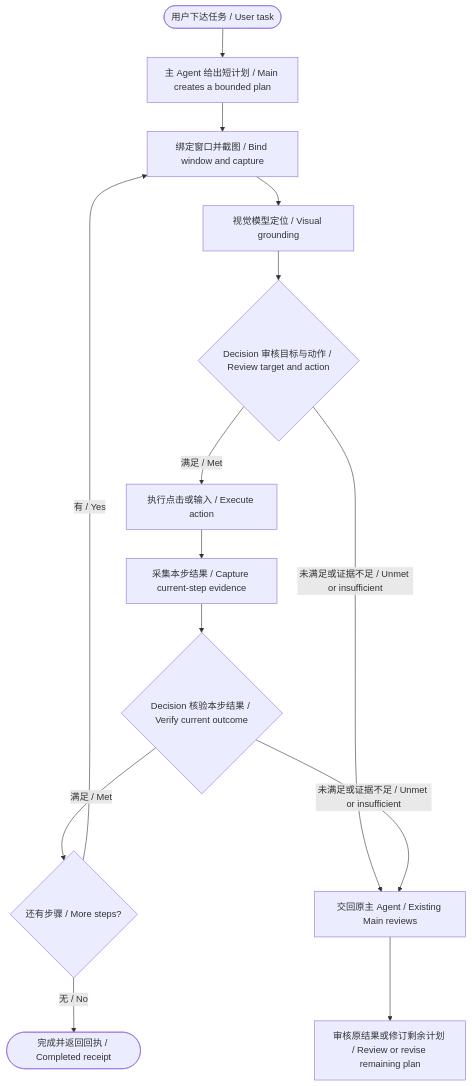
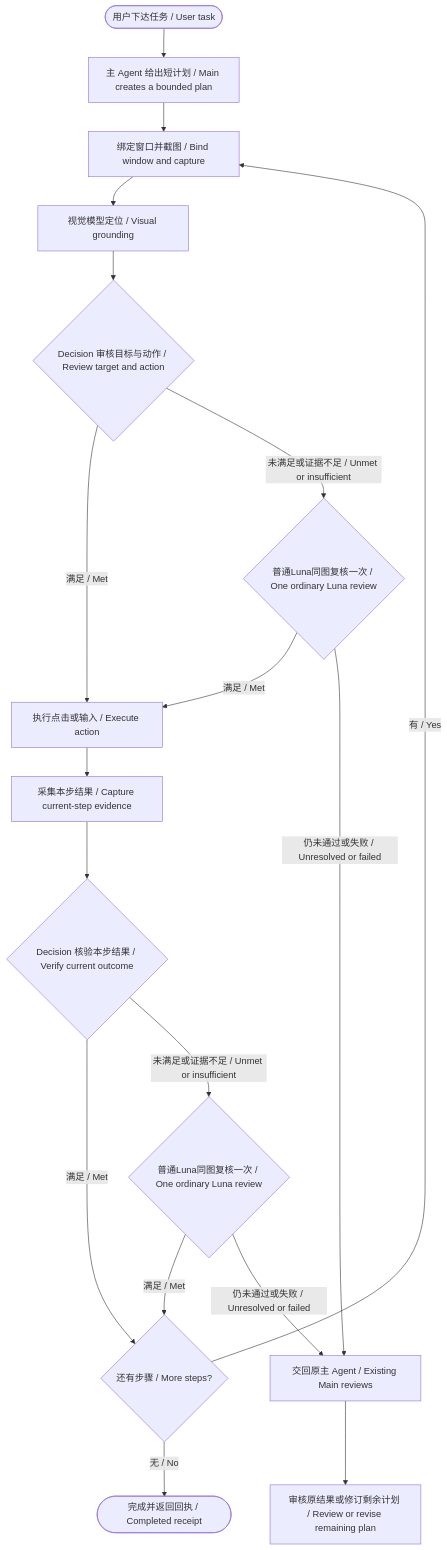
Before and after one commit to Desolate-Jix/agent-gui-runtime: the diagram in README.md, drawn with Mermaid. The commit also changed other lines of this file and 119 other files, not shown here.

First line of the commit message:
Release execution 0.1.3 with faster visual flow and Main recovery

````diff
--- a/README.md
+++ b/README.md
@@ -48,16 +102,20 @@
 ```mermaid
 flowchart TD
     U([用户下达任务 / User task]) --> M[主 Agent 给出短计划 / Main creates a bounded plan]
     M --> C[绑定窗口并截图 / Bind window and capture]
     C --> V[视觉模型定位 / Visual grounding]
     V --> D{Decision 审核目标与动作 / Review target and action}
     D -->|满足 / Met| A[执行点击或输入 / Execute action]
-    D -->|未满足或证据不足 / Unmet or insufficient| R[交回原主 Agent / Existing Main reviews]
+    D -->|未满足或证据不足 / Unmet or insufficient| DR{普通Luna同图复核一次 / One ordinary Luna review}
+    DR -->|满足 / Met| A
+    DR -->|仍未通过或失败 / Unresolved or failed| R[交回原主 Agent / Existing Main reviews]
     A --> E[采集本步结果 / Capture current-step evidence]
     E --> O{Decision 核验本步结果 / Verify current outcome}
     O -->|满足 / Met| N{还有步骤 / More steps?}
-    O -->|未满足或证据不足 / Unmet or insufficient| R
+    O -->|未满足或证据不足 / Unmet or insufficient| OR{普通Luna同图复核一次 / One ordinary Luna review}
+    OR -->|满足 / Met| N
+    OR -->|仍未通过或失败 / Unresolved or failed| R
     N -->|有 / Yes| C
     N -->|无 / No| F([完成并返回回执 / Completed receipt])
     R --> P[审核原结果或修订剩余计划 / Review or revise remaining plan]
 ```
````
